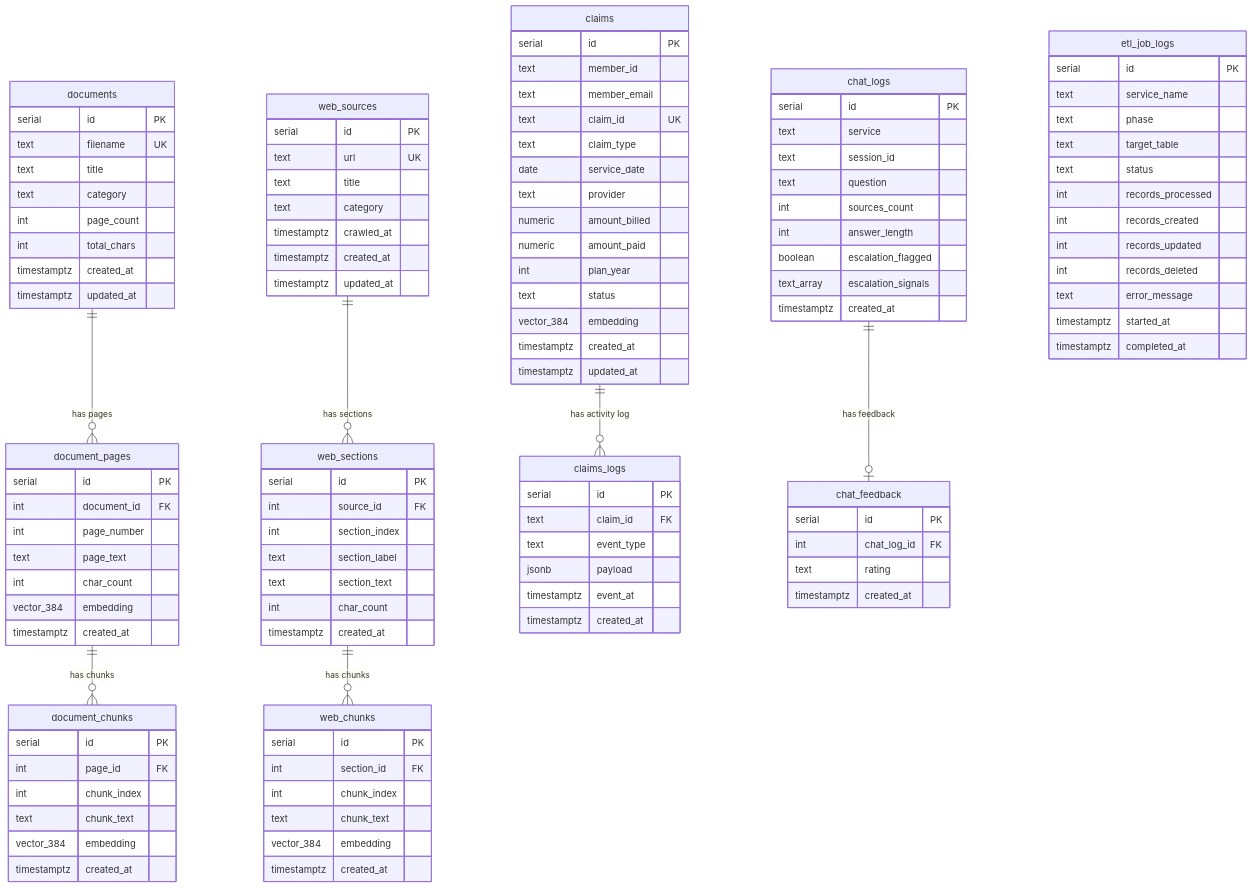
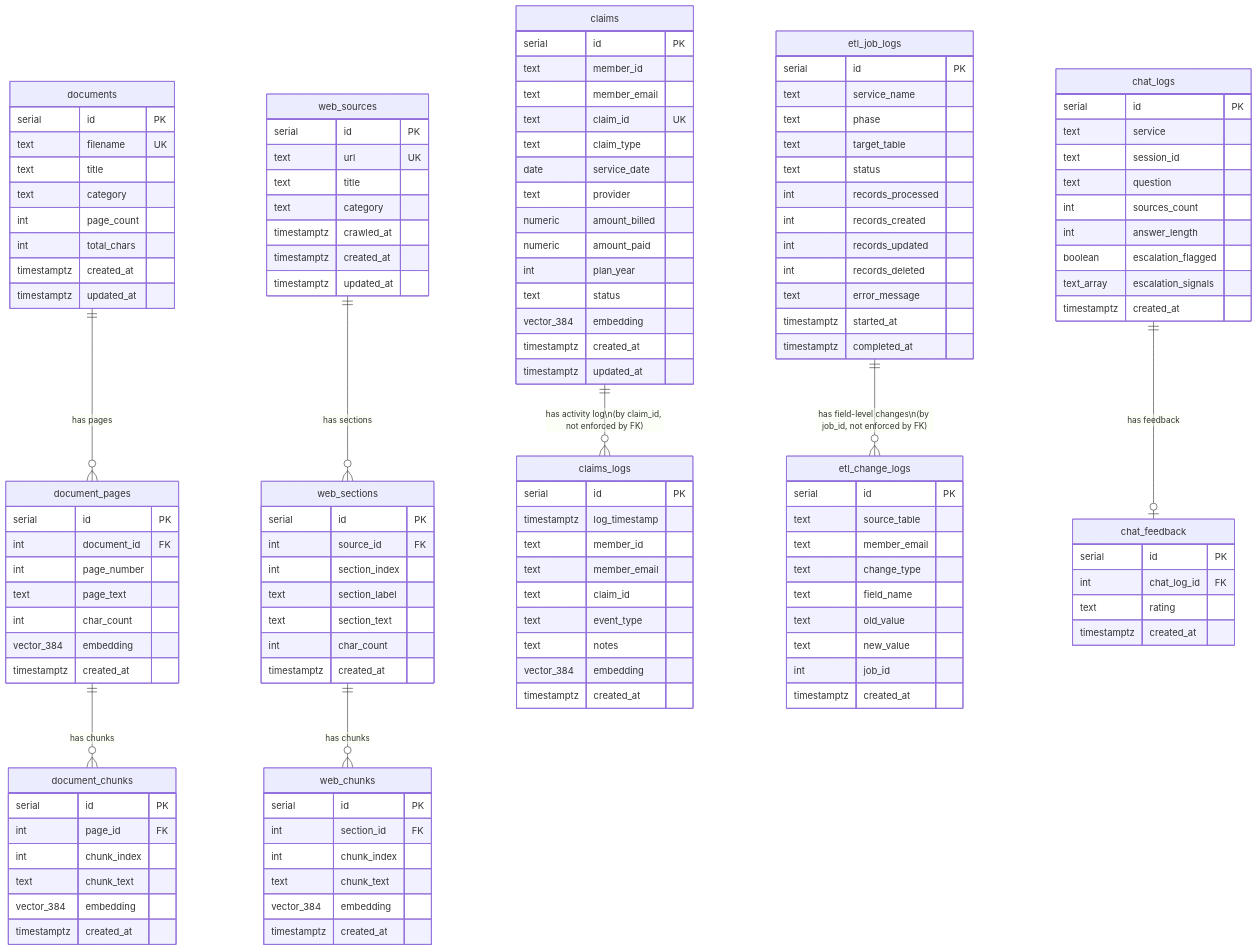
The diagram in docs/diagrams/database-schema.md (sjackshaw/document-search), drawn with Mermaid before and after one commit. The commit also changed other lines of this file and 13 other files, not shown here.

````diff
--- a/docs/diagrams/database-schema.md
+++ b/docs/diagrams/database-schema.md
@@ -77,10 +77,25 @@
     }
     claims_logs {
         serial id PK
-        text claim_id FK
+        timestamptz log_timestamp
+        text member_id
+        text member_email
+        text claim_id
         text event_type
-        jsonb payload
-        timestamptz event_at
+        text notes
+        vector_384 embedding
+        timestamptz created_at
+    }
+
+    etl_change_logs {
+        serial id PK
+        text source_table
+        text member_email
+        text change_type
+        text field_name
+        text old_value
+        text new_value
+        int job_id
         timestamptz created_at
     }
 
@@ -121,6 +136,7 @@
     document_pages ||--o{ document_chunks : "has chunks"
     web_sources ||--o{ web_sections : "has sections"
     web_sections ||--o{ web_chunks : "has chunks"
-    claims ||--o{ claims_logs : "has activity log"
+    claims ||--o{ claims_logs : "has activity log\n(by claim_id, not enforced by FK)"
+    etl_job_logs ||--o{ etl_change_logs : "has field-level changes\n(by job_id, not enforced by FK)"
     chat_logs ||--o| chat_feedback : "has feedback"
 ```
````
